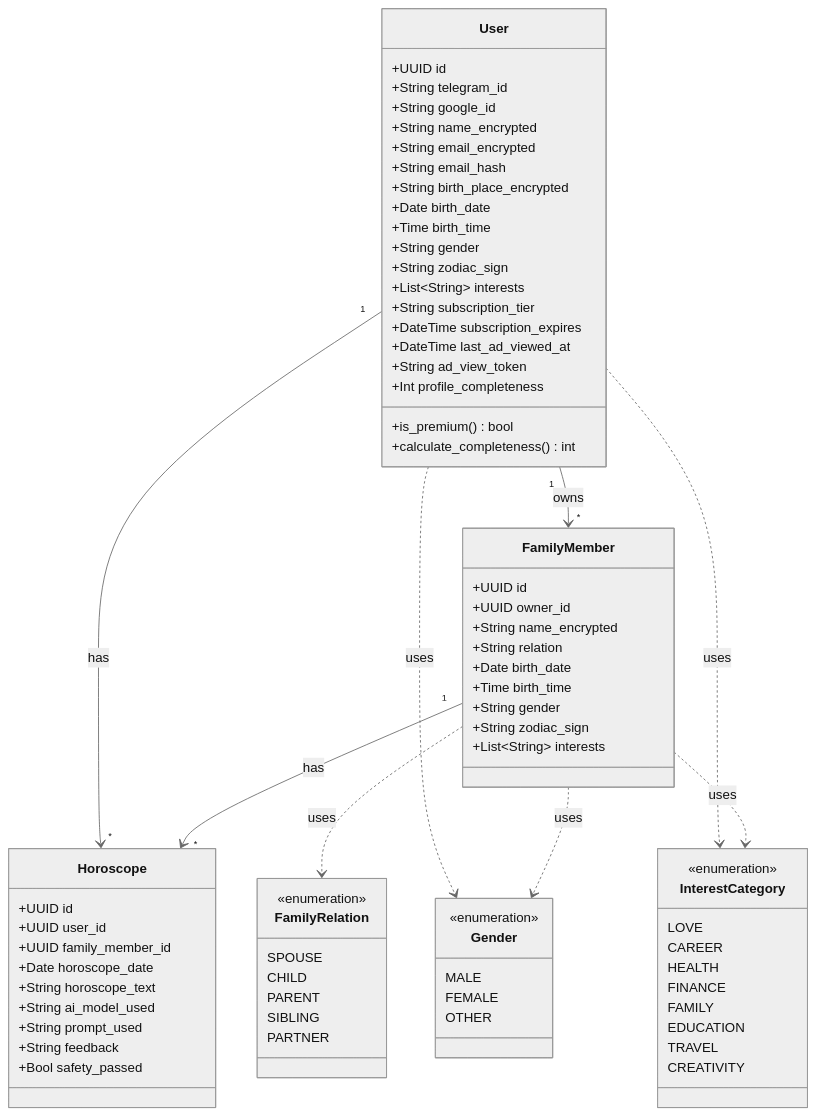
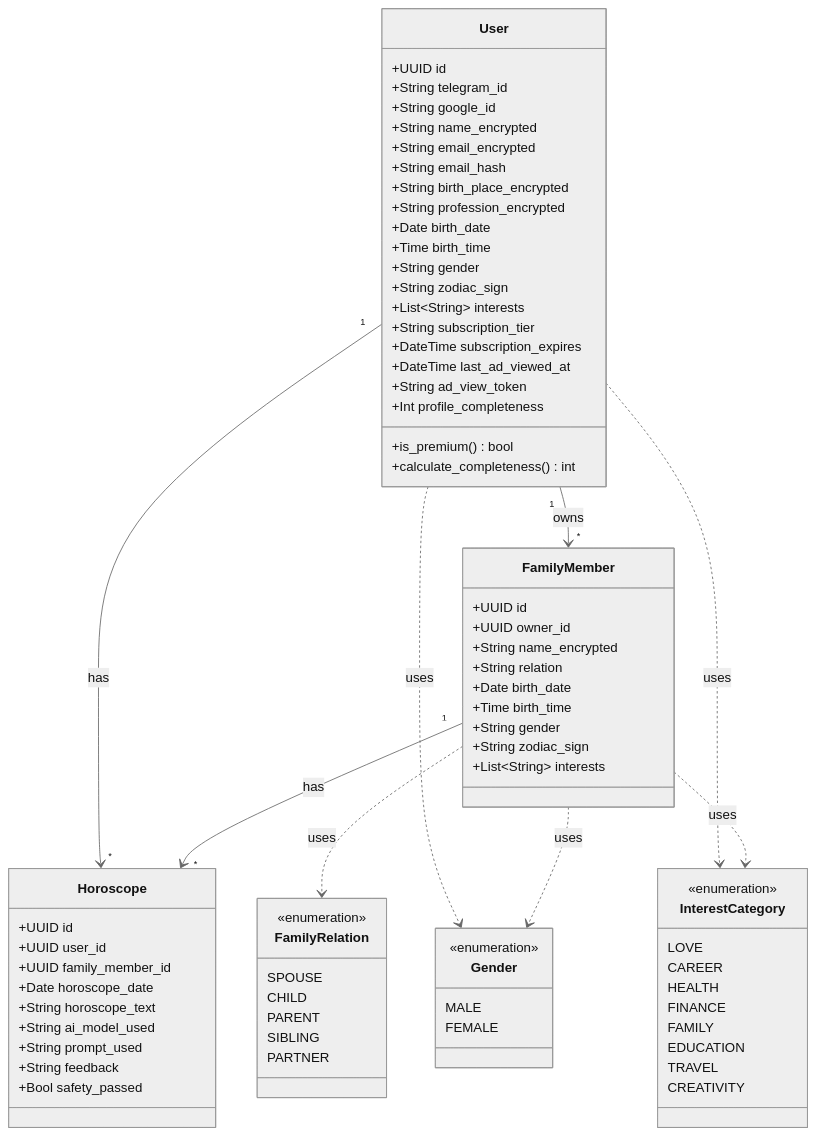
Before and after one commit to S1ayerNN/Sl2: the seventh of 8 diagrams in docs/SYSTEM-DOCUMENTATION.md, drawn with Mermaid (neutral theme). The commit also changed other lines of this file and 2 other files, not shown here.

```diff
--- a/docs/SYSTEM-DOCUMENTATION.md
+++ b/docs/SYSTEM-DOCUMENTATION.md
@@ -965,6 +977,7 @@
         +String email_encrypted
         +String email_hash
         +String birth_place_encrypted
+        +String profession_encrypted
         +Date birth_date
         +Time birth_time
         +String gender
@@ -1019,7 +1032,6 @@
         <<enumeration>>
         MALE
         FEMALE
-        OTHER
     }
 
     class FamilyRelation {
```
